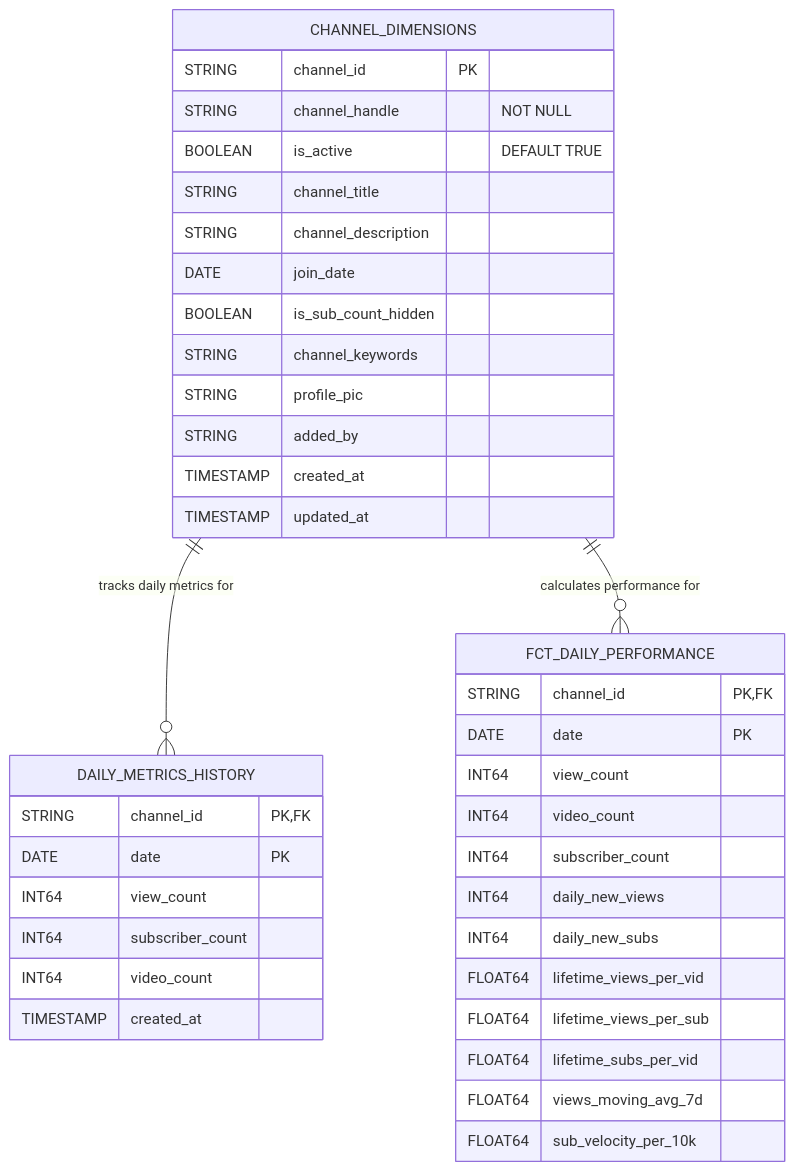
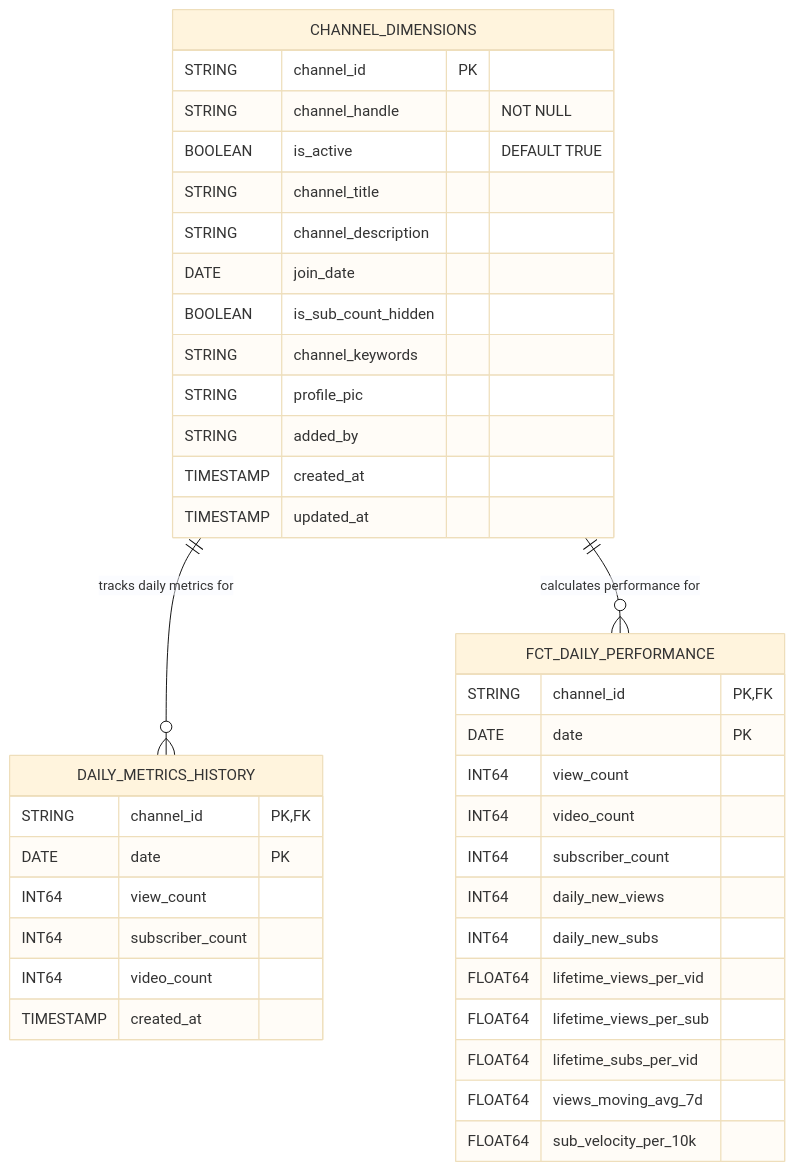
Before and after one commit to SimonLiles/sailing_channel_dashboard: the diagram in docs/data_model_erd.mmd, drawn with Mermaid. The commit also changed 2 other files, not shown here.

Commit message:
set theme for ERD diagrams

```diff
--- a/docs/data_model_erd.mmd
+++ b/docs/data_model_erd.mmd
@@ -1,44 +1,46 @@
+%%{init: {'theme': 'base'}}%%
+
 erDiagram
     %% Entities and Attributes
     CHANNEL_DIMENSIONS {
         STRING channel_id PK
         STRING channel_handle "NOT NULL"
         BOOLEAN is_active "DEFAULT TRUE"
         STRING channel_title
         STRING channel_description
         DATE join_date
         BOOLEAN is_sub_count_hidden
         STRING channel_keywords
         STRING profile_pic
         STRING added_by
         TIMESTAMP created_at
         TIMESTAMP updated_at
     }
 
     DAILY_METRICS_HISTORY {
         STRING channel_id PK, FK
         DATE date PK
         INT64 view_count
         INT64 subscriber_count
         INT64 video_count
         TIMESTAMP created_at
     }
 
     FCT_DAILY_PERFORMANCE {
         STRING channel_id PK, FK
         DATE date PK
         INT64 view_count
         INT64 video_count
         INT64 subscriber_count
         INT64 daily_new_views
         INT64 daily_new_subs
         FLOAT64 lifetime_views_per_vid
         FLOAT64 lifetime_views_per_sub
         FLOAT64 lifetime_subs_per_vid
         FLOAT64 views_moving_avg_7d
         FLOAT64 sub_velocity_per_10k
     }
 
     %% Relationships
     CHANNEL_DIMENSIONS ||--o{ DAILY_METRICS_HISTORY : "tracks daily metrics for"
     CHANNEL_DIMENSIONS ||--o{ FCT_DAILY_PERFORMANCE : "calculates performance for"
```
